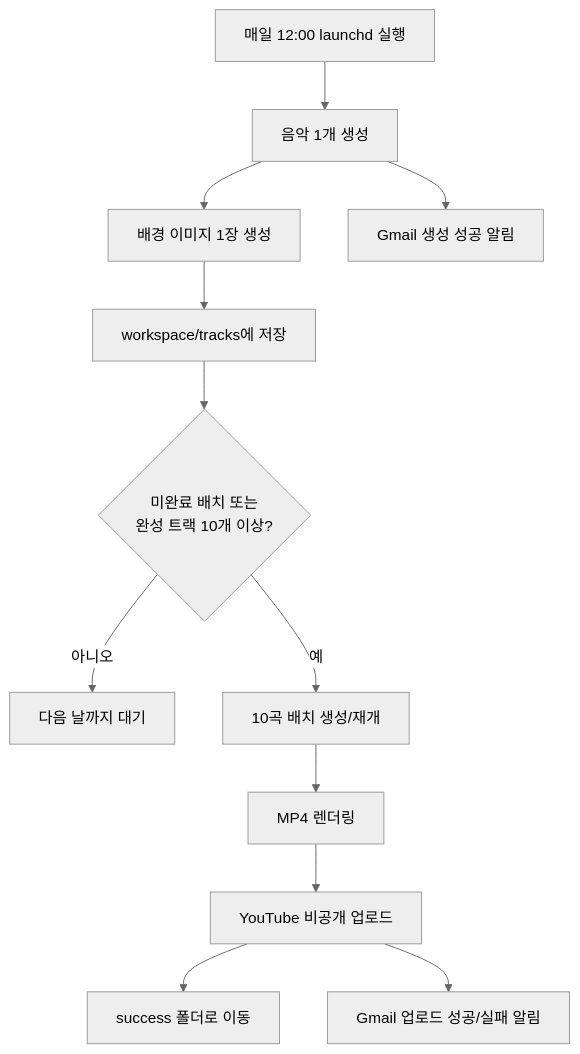
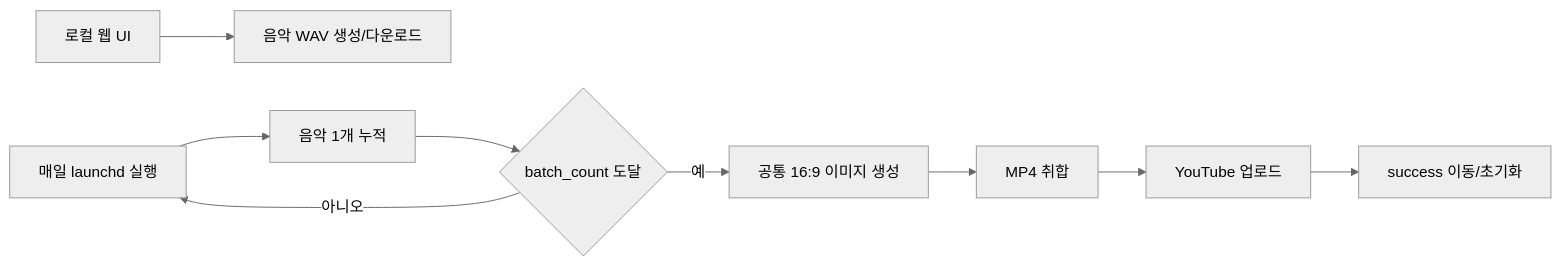
The diagram in README.md (ddonggi/autoMusic), drawn with Mermaid (neutral theme) before and after one commit. The commit also changed other lines of this file and 45 other files, not shown here.

````diff
--- a/README.md
+++ b/README.md
@@ -31,14 +5,11 @@
 ```mermaid
-flowchart TD
-    A[매일 12:00 launchd 실행] --> B[음악 1개 생성]
-    B --> C[배경 이미지 1장 생성]
-    C --> D[workspace/tracks에 저장]
-    D --> E{미완료 배치 또는<br/>완성 트랙 10개 이상?}
-    E -- 아니오 --> F[다음 날까지 대기]
-    E -- 예 --> G[10곡 배치 생성/재개]
-    G --> H[MP4 렌더링]
-    H --> I[YouTube 비공개 업로드]
-    I --> J[success 폴더로 이동]
-    B --> K[Gmail 생성 성공 알림]
-    I --> L[Gmail 업로드 성공/실패 알림]
+flowchart LR
+    A[로컬 웹 UI] --> B[음악 WAV 생성/다운로드]
+    C[매일 launchd 실행] --> D[음악 1개 누적]
+    D --> E{batch_count 도달}
+    E -- 아니오 --> C
+    E -- 예 --> F[공통 16:9 이미지 생성]
+    F --> G[MP4 취합]
+    G --> H[YouTube 업로드]
+    H --> I[success 이동/초기화]
 ```
````
